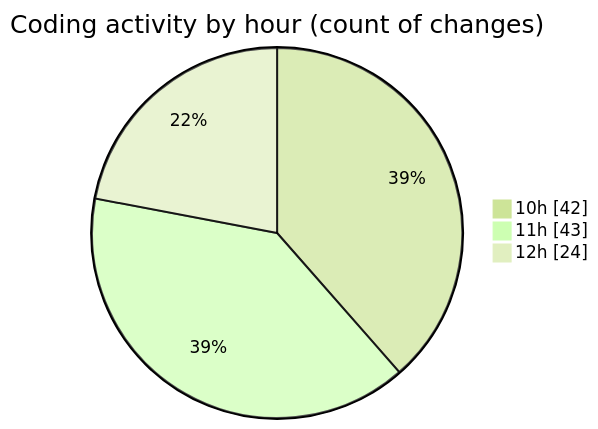
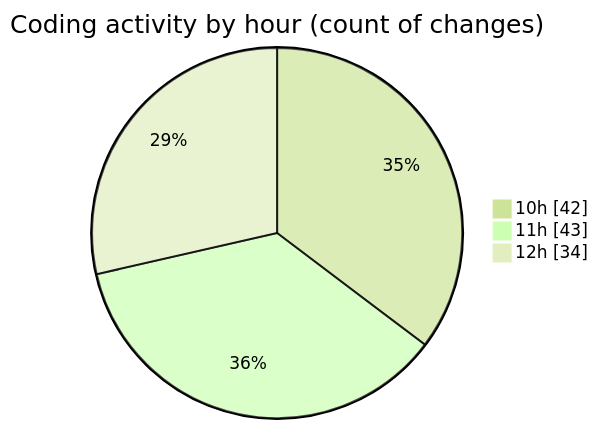
The second of 2 diagrams in 2025-05-15/ecodeli-1/README.md (CELIANVF/code-tracking), drawn with Mermaid (forest theme) before and after one commit. The commit also changed other lines of this file and 1 other file, not shown here.

````diff
--- a/2025-05-15/ecodeli-1/README.md
+++ b/2025-05-15/ecodeli-1/README.md
@@ -62,7 +66,7 @@
 ```mermaid
 pie showData
 title Coding activity by hour (count of changes)
 "10h" : 42
 "11h" : 43
-"12h" : 24
+"12h" : 34
 ```
````
